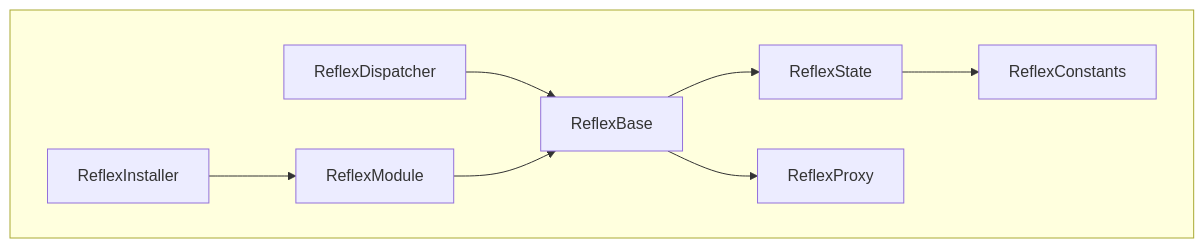
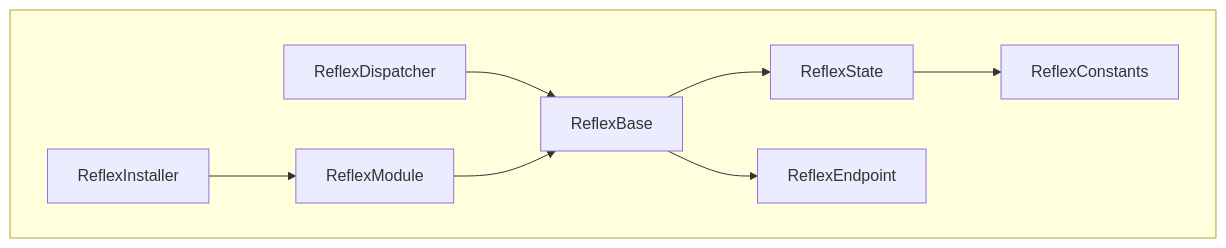
The diagram in README.md (chromaxyz/reflex), drawn with Mermaid before and after one commit. The commit also changed other lines of this file and 41 other files, not shown here.

````diff
--- a/README.md
+++ b/README.md
@@ -73,12 +77,12 @@
 ```mermaid
 graph TD
     subgraph Framework [ ]
 
     ReflexInstaller --> ReflexModule
     ReflexDispatcher --> ReflexBase
     ReflexModule --> ReflexBase
     ReflexBase --> ReflexState
-    ReflexBase --> ReflexProxy
+    ReflexBase --> ReflexEndpoint
     ReflexState --> ReflexConstants
     end
 ```
````
